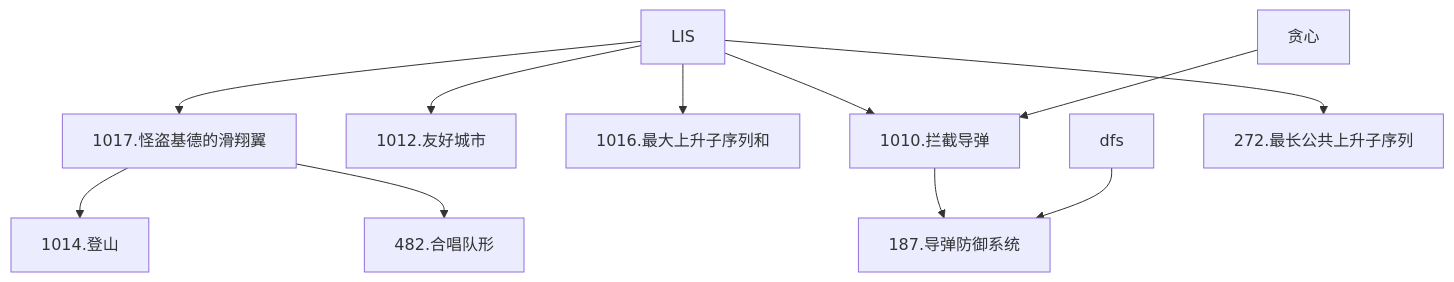
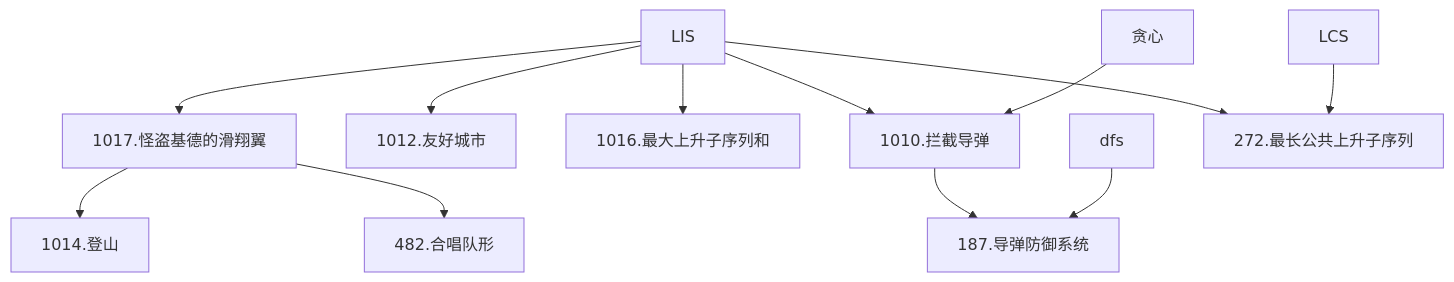
Before and after one commit to cuberxl/Coders-Note: the diagram in 6*-动态规划进阶/6*.2-最长上升子序列模型（LIS）.md, drawn with Mermaid. The commit also changed other lines of this file, not shown here.

````diff
--- a/6*-动态规划进阶/6*.2-最长上升子序列模型（LIS）.md
+++ b/6*-动态规划进阶/6*.2-最长上升子序列模型（LIS）.md
@@ -6,13 +6,14 @@
 ```mermaid
 graph TD
 A[LIS]-->B[1017.怪盗基德的滑翔翼]
 B-->C[1014.登山]
 B-->D[482.合唱队形]
 A-->E[1012.友好城市]
 A-->F[1016.最大上升子序列和]
 A-->G[1010.拦截导弹]
 H[贪心]-->G
 G-->I[187.导弹防御系统]
 J[dfs]-->I
 A-->K[272.最长公共上升子序列]
+L[LCS]-->K
 ```
````
